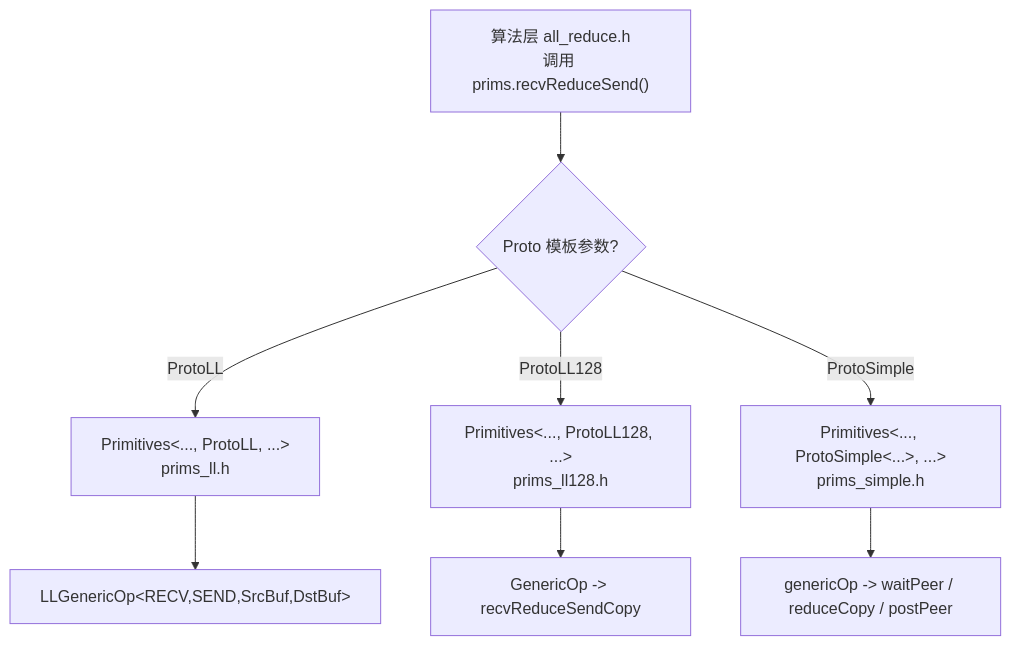
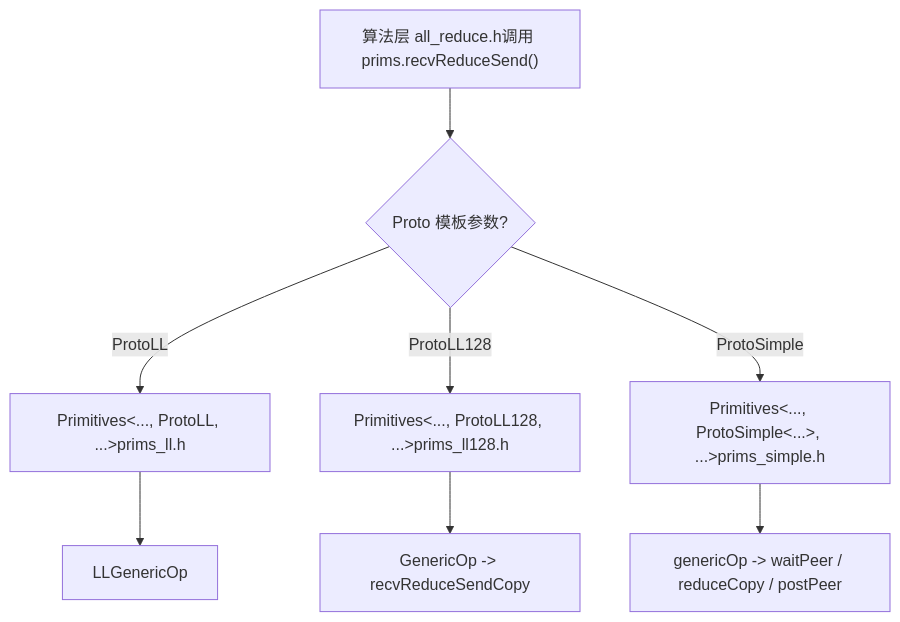
One commit to maleRjc/AiReadCodeBooks changed the first of 2 diagrams in books/nccl/en/09-device-primitives-ll-ll128-simple.md. Above: the diagram before and after it, drawn with Mermaid. The commit also changed other lines of this file and 80 other files, not shown here.

````diff
--- a/books/nccl/en/09-device-primitives-ll-ll128-simple.md
+++ b/books/nccl/en/09-device-primitives-ll-ll128-simple.md
@@ -18,10 +18,10 @@
 ```mermaid
 flowchart TD
-    algo["算法层 all_reduce.h<br/>调用 prims.recvReduceSend()"] --> dispatch{"Proto 模板参数?"}
-    dispatch -->|ProtoLL| ll["Primitives&lt;..., ProtoLL, ...&gt;<br/>prims_ll.h"]
-    dispatch -->|ProtoLL128| ll128["Primitives&lt;..., ProtoLL128, ...&gt;<br/>prims_ll128.h"]
-    dispatch -->|ProtoSimple| simple["Primitives&lt;..., ProtoSimple&lt;...&gt;, ...&gt;<br/>prims_simple.h"]
-    ll --> llop["LLGenericOp&lt;RECV,SEND,SrcBuf,DstBuf&gt;"]
-    ll128 --> ll128op["GenericOp -&gt; recvReduceSendCopy"]
-    simple --> simpleop["genericOp -&gt; waitPeer / reduceCopy / postPeer"]
+    algo["算法层 all_reduce.h调用 prims.recvReduceSend()"] --> dispatch{"Proto 模板参数?"}
+    dispatch -->|ProtoLL| ll["Primitives<..., ProtoLL, ...>prims_ll.h"]
+    dispatch -->|ProtoLL128| ll128["Primitives<..., ProtoLL128, ...>prims_ll128.h"]
+    dispatch -->|ProtoSimple| simple["Primitives<..., ProtoSimple<...>, ...>prims_simple.h"]
+    ll --> llop["LLGenericOp<RECV,SEND,SrcBuf,DstBuf>"]
+    ll128 --> ll128op["GenericOp -> recvReduceSendCopy"]
+    simple --> simpleop["genericOp -> waitPeer / reduceCopy / postPeer"]
 ```
````
